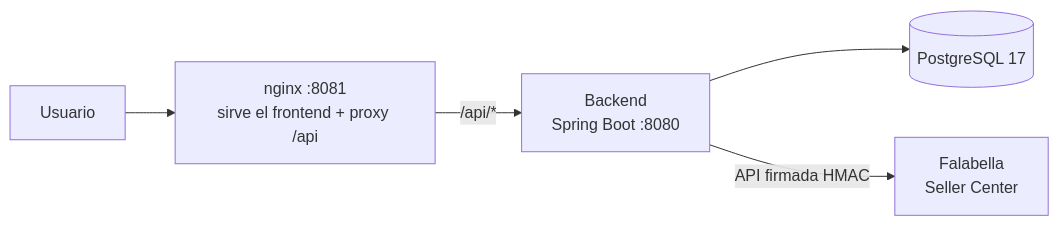
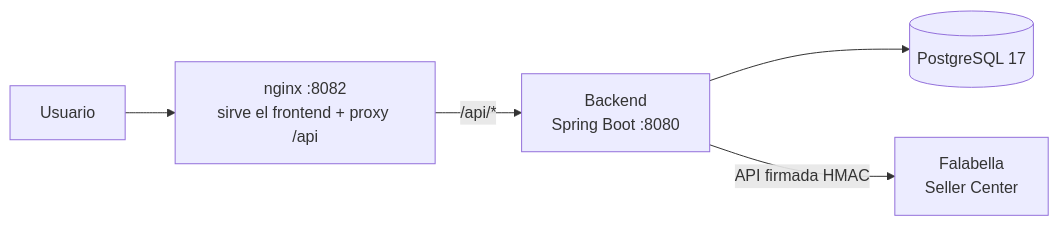
The diagram in README.md (ximena-huala/PingesoD-K), drawn with Mermaid before and after one commit. The commit also changed other lines of this file and 11 other files, not shown here.

````diff
--- a/README.md
+++ b/README.md
@@ -20,7 +20,7 @@
 ```mermaid
 flowchart LR
-  U[Usuario] --> N["nginx :8081<br/>sirve el frontend + proxy /api"]
+  U[Usuario] --> N["nginx :8082<br/>sirve el frontend + proxy /api"]
   N -->|/api/*| B["Backend<br/>Spring Boot :8080"]
   B --> P[("PostgreSQL 17")]
   B -->|API firmada HMAC| F["Falabella<br/>Seller Center"]
 ```
````
